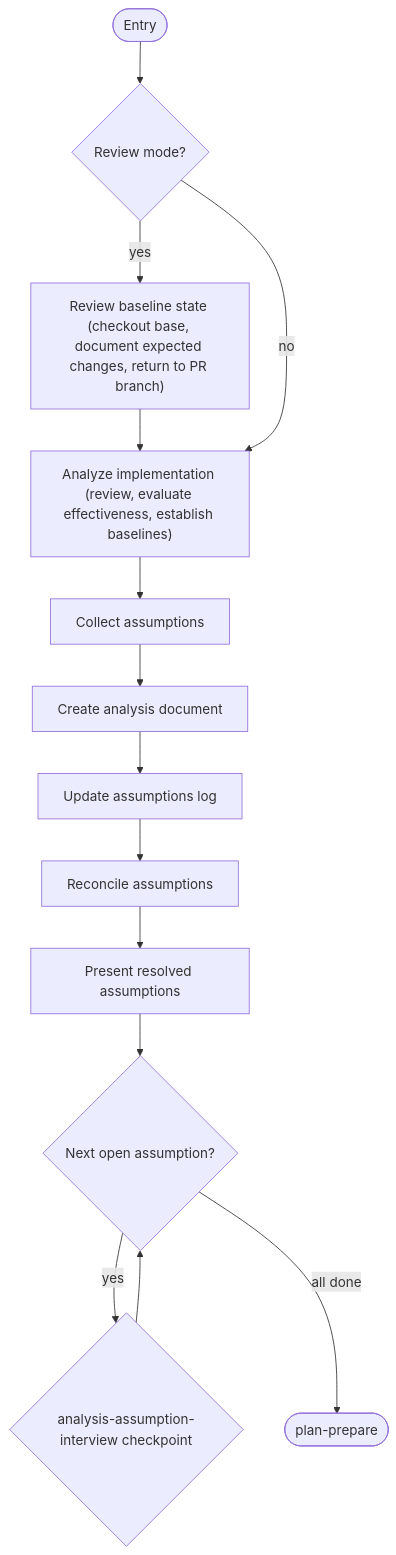
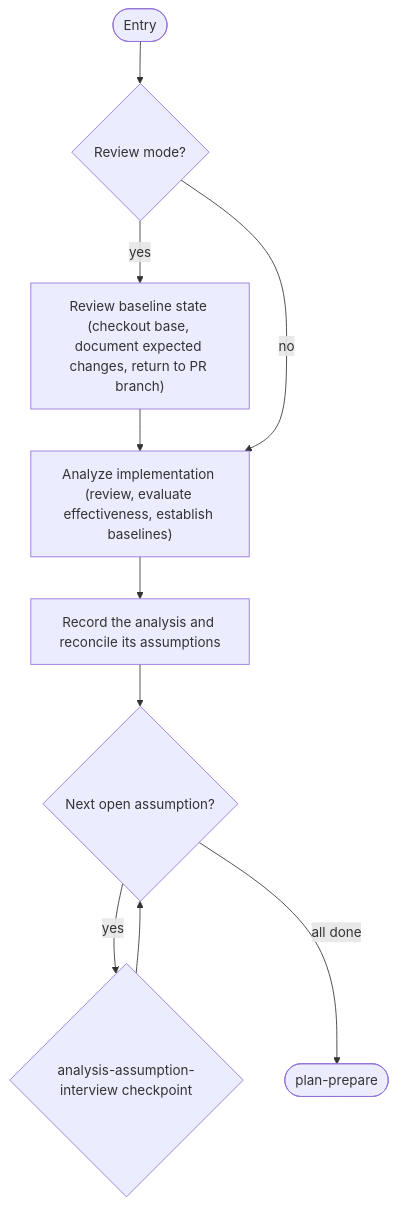
One commit to m2ux/workflow-server changed the sixth of 15 diagrams in work-package/activities/README.md. Above: the diagram before and after it, drawn with Mermaid. The commit also changed other lines of this file, not shown here.

First line of the commit message:
docs(work-package): group each activity diagram's straight runs into one block

````diff
--- a/work-package/activities/README.md
+++ b/work-package/activities/README.md
@@ -182,18 +160,14 @@
 ```mermaid
 graph TD
     entryNode(["Entry"]) --> reviewMode{"Review mode?"}
     reviewMode -->|"yes"| reviewBaseline["Review baseline state (checkout base, document expected changes, return to PR branch)"]
     reviewBaseline --> reviewImpl
     reviewMode -->|"no"| reviewImpl["Analyze implementation (review, evaluate effectiveness, establish baselines)"]
 
-    reviewImpl --> collectAssumptions["Collect assumptions"]
-    collectAssumptions --> createDoc["Create analysis document"]
-    createDoc --> updateLog["Update assumptions log"]
+    reviewImpl --> recordAnalysis["Record the analysis and reconcile its assumptions"]
 
-    updateLog --> reconcile["Reconcile assumptions"]
-    reconcile --> presentResolved["Present resolved assumptions"]
-    presentResolved --> interviewLoop{"Next open assumption?"}
+    recordAnalysis --> interviewLoop{"Next open assumption?"}
     interviewLoop -->|"yes"| cpInterview{"analysis-assumption-interview checkpoint"}
     cpInterview --> interviewLoop
     interviewLoop -->|"all done"| exitNode(["plan-prepare"])
 ```
````
